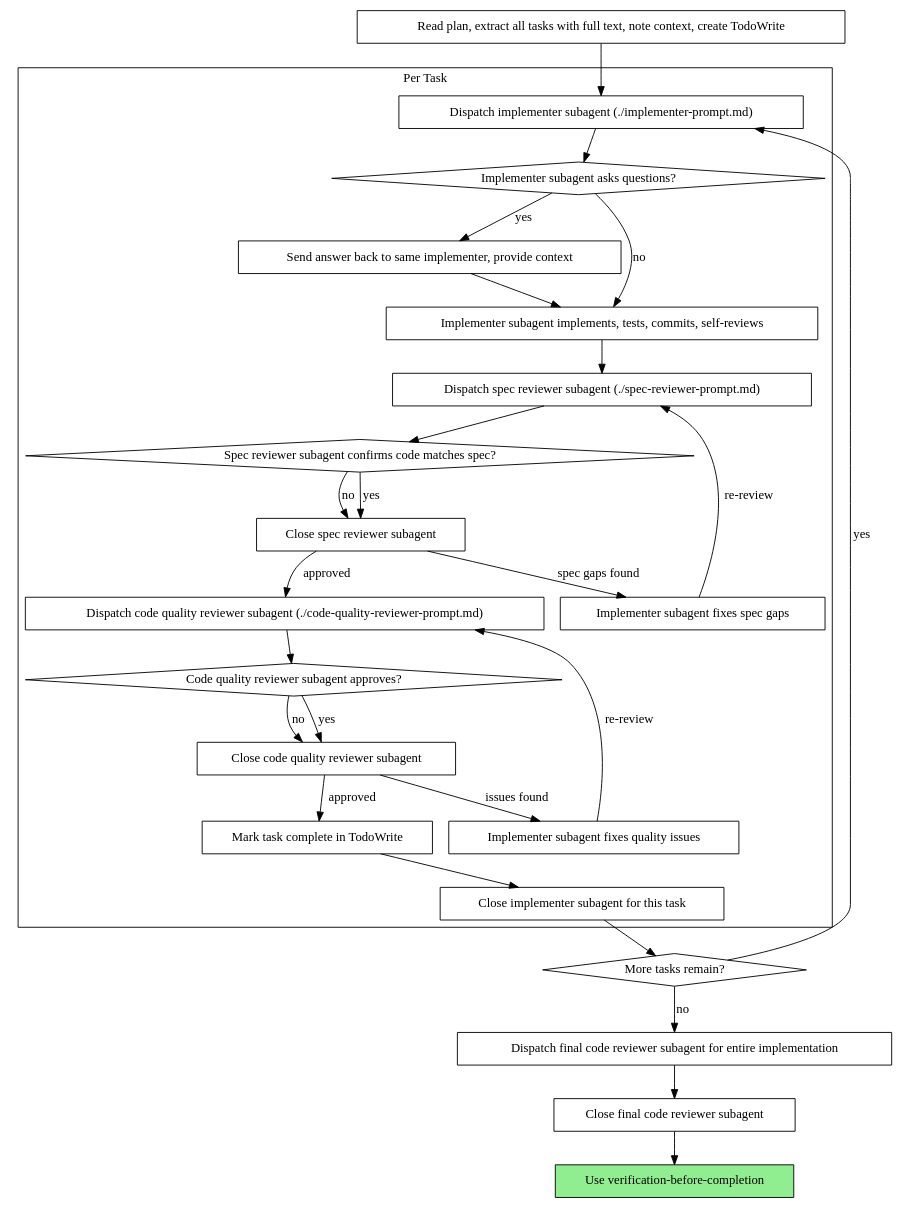
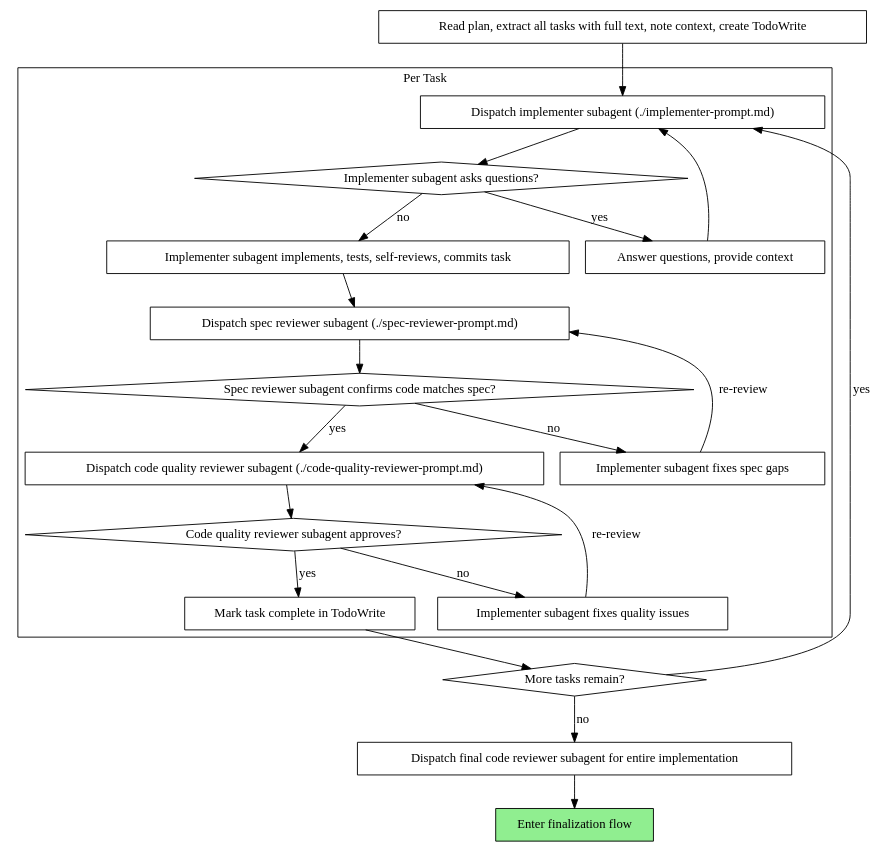
Before and after one commit to FightWithLife/agent-skills-hook: the second of 2 diagrams in agents/skills/subagent-driven-development/SKILL.md, drawn with Graphviz. The commit also changed other lines of this file and 63 other files, not shown here.

````diff
--- a/agents/skills/subagent-driven-development/SKILL.md
+++ b/agents/skills/subagent-driven-development/SKILL.md
@@ -40,54 +35,44 @@
 ```dot
 digraph process {
     rankdir=TB;
 
     subgraph cluster_per_task {
         label="Per Task";
         "Dispatch implementer subagent (./implementer-prompt.md)" [shape=box];
         "Implementer subagent asks questions?" [shape=diamond];
-        "Send answer back to same implementer, provide context" [shape=box];
-        "Implementer subagent implements, tests, commits, self-reviews" [shape=box];
+        "Answer questions, provide context" [shape=box];
+        "Implementer subagent implements, tests, self-reviews, commits task" [shape=box];
         "Dispatch spec reviewer subagent (./spec-reviewer-prompt.md)" [shape=box];
         "Spec reviewer subagent confirms code matches spec?" [shape=diamond];
-        "Close spec reviewer subagent" [shape=box];
         "Implementer subagent fixes spec gaps" [shape=box];
         "Dispatch code quality reviewer subagent (./code-quality-reviewer-prompt.md)" [shape=box];
         "Code quality reviewer subagent approves?" [shape=diamond];
-        "Close code quality reviewer subagent" [shape=box];
         "Implementer subagent fixes quality issues" [shape=box];
         "Mark task complete in TodoWrite" [shape=box];
-        "Close implementer subagent for this task" [shape=box];
     }
 
     "Read plan, extract all tasks with full text, note context, create TodoWrite" [shape=box];
     "More tasks remain?" [shape=diamond];
     "Dispatch final code reviewer subagent for entire implementation" [shape=box];
-    "Close final code reviewer subagent" [shape=box];
-    "Use verification-before-completion" [shape=box style=filled fillcolor=lightgreen];
+    "Enter finalization flow" [shape=box style=filled fillcolor=lightgreen];
 
     "Read plan, extract all tasks with full text, note context, create TodoWrite" -> "Dispatch implementer subagent (./implementer-prompt.md)";
     "Dispatch implementer subagent (./implementer-prompt.md)" -> "Implementer subagent asks questions?";
-    "Implementer subagent asks questions?" -> "Send answer back to same implementer, provide context" [label="yes"];
-    "Send answer back to same implementer, provide context" -> "Implementer subagent implements, tests, commits, self-reviews";
-    "Implementer subagent asks questions?" -> "Implementer subagent implements, tests, commits, self-reviews" [label="no"];
-    "Implementer subagent implements, tests, commits, self-reviews" -> "Dispatch spec reviewer subagent (./spec-reviewer-prompt.md)";
+    "Implementer subagent asks questions?" -> "Answer questions, provide context" [label="yes"];
+    "Answer questions, provide context" -> "Dispatch implementer subagent (./implementer-prompt.md)";
+    "Implementer subagent asks questions?" -> "Implementer subagent implements, tests, self-reviews, commits task" [label="no"];
+    "Implementer subagent implements, tests, self-reviews, commits task" -> "Dispatch spec reviewer subagent (./spec-reviewer-prompt.md)";
     "Dispatch spec reviewer subagent (./spec-reviewer-prompt.md)" -> "Spec reviewer subagent confirms code matches spec?";
-    "Spec reviewer subagent confirms code matches spec?" -> "Close spec reviewer subagent" [label="yes"];
-    "Spec reviewer subagent confirms code matches spec?" -> "Close spec reviewer subagent" [label="no"];
-    "Close spec reviewer subagent" -> "Implementer subagent fixes spec gaps" [label="spec gaps found"];
+    "Spec reviewer subagent confirms code matches spec?" -> "Implementer subagent fixes spec gaps" [label="no"];
     "Implementer subagent fixes spec gaps" -> "Dispatch spec reviewer subagent (./spec-reviewer-prompt.md)" [label="re-review"];
-    "Close spec reviewer subagent" -> "Dispatch code quality reviewer subagent (./code-quality-reviewer-prompt.md)" [label="approved"];
+    "Spec reviewer subagent confirms code matches spec?" -> "Dispatch code quality reviewer subagent (./code-quality-reviewer-prompt.md)" [label="yes"];
     "Dispatch code quality reviewer subagent (./code-quality-reviewer-prompt.md)" -> "Code quality reviewer subagent approves?";
-    "Code quality reviewer subagent approves?" -> "Close code quality reviewer subagent" [label="yes"];
-    "Code quality reviewer subagent approves?" -> "Close code quality reviewer subagent" [label="no"];
-    "Close code quality reviewer subagent" -> "Implementer subagent fixes quality issues" [label="issues found"];
+    "Code quality reviewer subagent approves?" -> "Implementer subagent fixes quality issues" [label="no"];
     "Implementer subagent fixes quality issues" -> "Dispatch code quality reviewer subagent (./code-quality-reviewer-prompt.md)" [label="re-review"];
-    "Close code quality reviewer subagent" -> "Mark task complete in TodoWrite" [label="approved"];
-    "Mark task complete in TodoWrite" -> "Close implementer subagent for this task";
-    "Close implementer subagent for this task" -> "More tasks remain?";
+    "Code quality reviewer subagent approves?" -> "Mark task complete in TodoWrite" [label="yes"];
+    "Mark task complete in TodoWrite" -> "More tasks remain?";
     "More tasks remain?" -> "Dispatch implementer subagent (./implementer-prompt.md)" [label="yes"];
     "More tasks remain?" -> "Dispatch final code reviewer subagent for entire implementation" [label="no"];
-    "Dispatch final code reviewer subagent for entire implementation" -> "Close final code reviewer subagent";
-    "Close final code reviewer subagent" -> "Use verification-before-completion";
+    "Dispatch final code reviewer subagent for entire implementation" -> "Enter finalization flow";
 }
 ```
````
